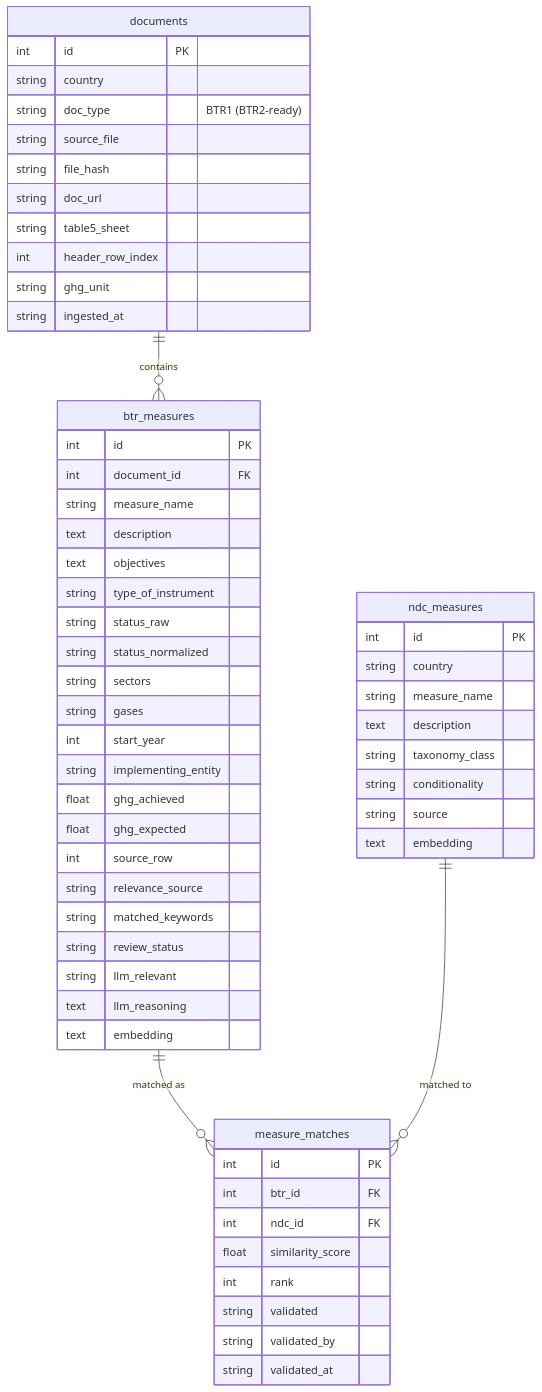
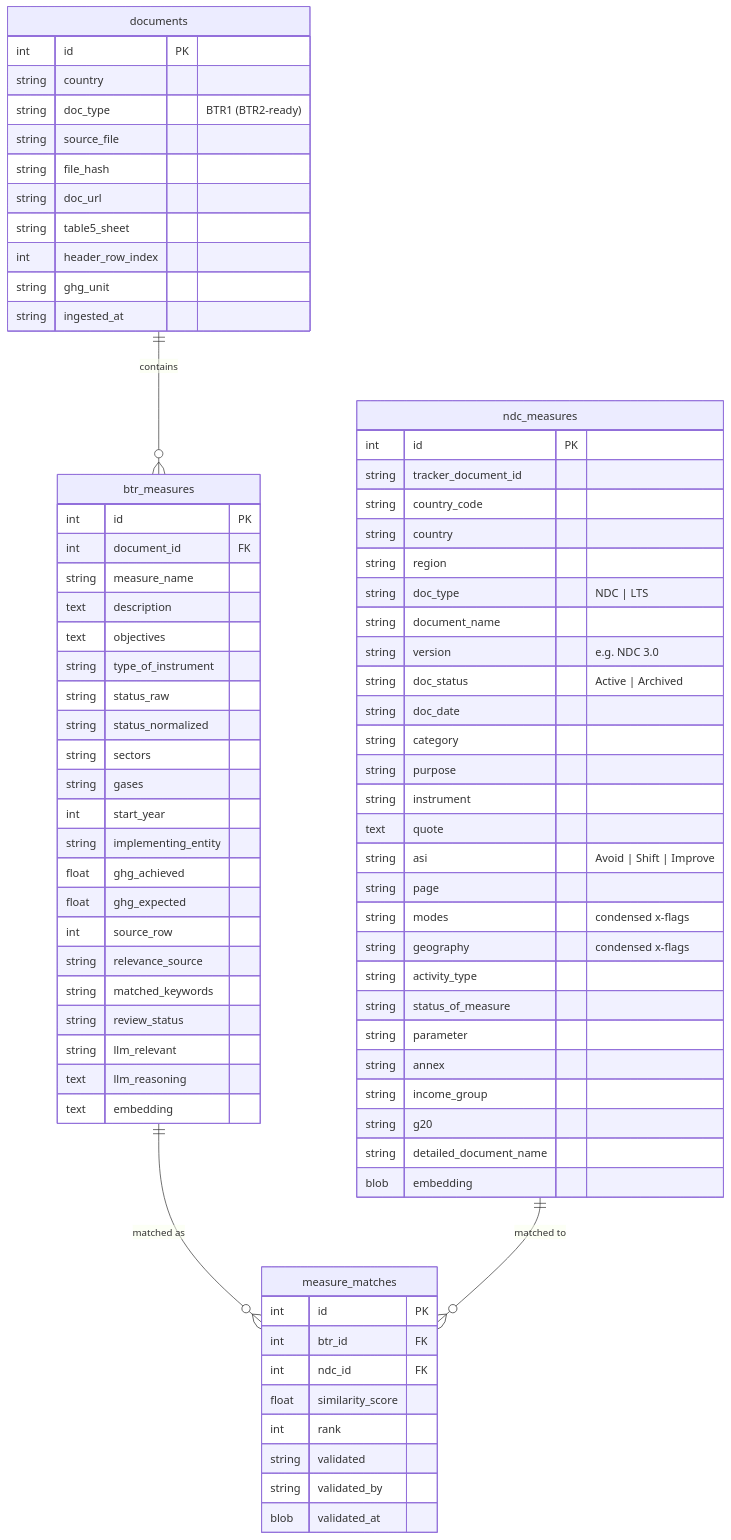
One commit to Changing-Transport/btr-analysis changed the diagram in README.md. Above: the diagram before and after it, drawn with Mermaid. The commit also changed other lines of this file and 6 other files, not shown here.

```diff
--- a/README.md
+++ b/README.md
@@ -90,13 +116,31 @@
 
   ndc_measures {
     int id PK
+    string tracker_document_id
+    string country_code
     string country
-    string measure_name
-    text description
-    string taxonomy_class
-    string conditionality
-    string source
-    text embedding
+    string region
+    string doc_type "NDC | LTS"
+    string document_name
+    string version "e.g. NDC 3.0"
+    string doc_status "Active | Archived"
+    string doc_date
+    string category
+    string purpose
+    string instrument
+    text quote
+    string asi "Avoid | Shift | Improve"
+    string page
+    string modes "condensed x-flags"
+    string geography "condensed x-flags"
+    string activity_type
+    string status_of_measure
+    string parameter
+    string annex
+    string income_group
+    string g20
+    string detailed_document_name
+    blob embedding
   }
 
   measure_matches {
@@ -107,7 +151,7 @@
     int rank
     string validated
     string validated_by
-    string validated_at
+    blob validated_at
   }
 
   documents ||--o{ btr_measures : "contains"
```
